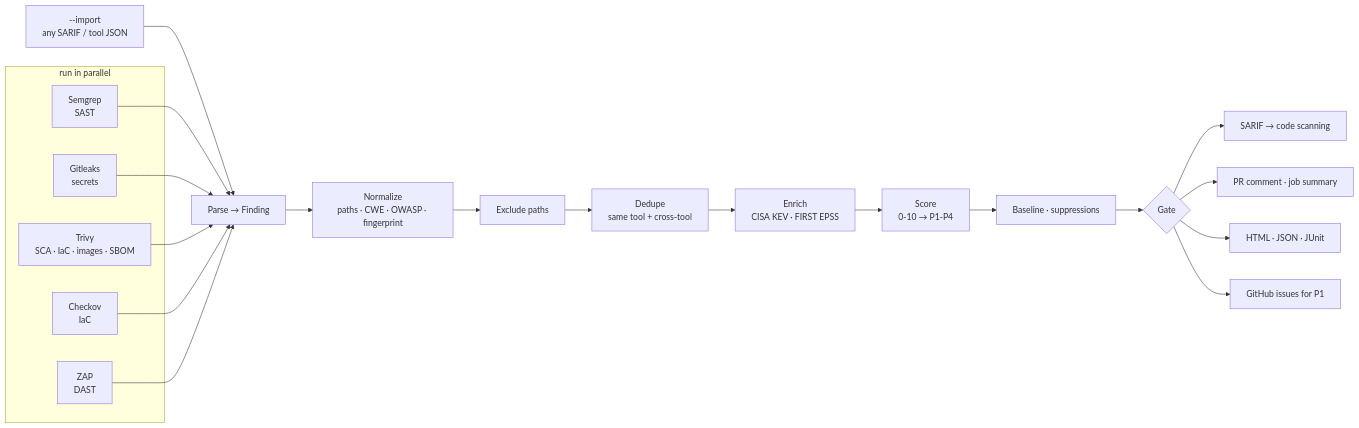
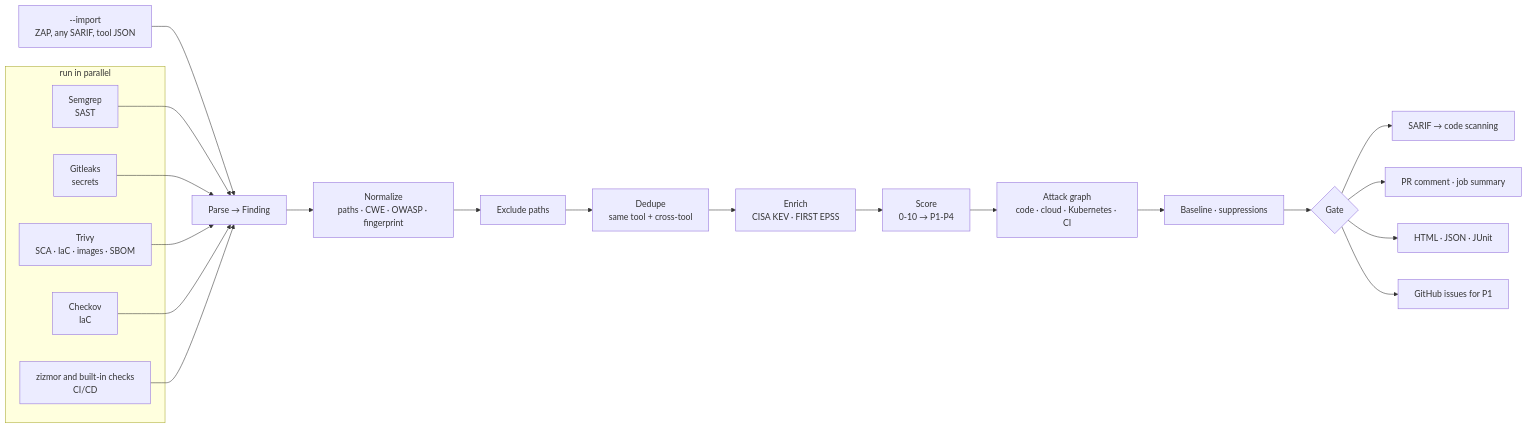
The diagram in docs/architecture.md (amoghnellutla/breachgraph), drawn with Mermaid before and after one commit. The commit also changed 14 other files, not shown here.

First line of the commit message:
Make ZAP import-only and AI prices configurable

````diff
--- a/docs/architecture.md
+++ b/docs/architecture.md
@@ -3,23 +3,24 @@
 ```mermaid
 flowchart LR
     subgraph Scanners [run in parallel]
         S[Semgrep<br/>SAST]
         G[Gitleaks<br/>secrets]
         T[Trivy<br/>SCA · IaC · images · SBOM]
         C[Checkov<br/>IaC]
-        Z[ZAP<br/>DAST]
+        Z[zizmor and built-in checks<br/>CI/CD]
     end
-    I[--import<br/>any SARIF / tool JSON] --> P
+    I[--import<br/>ZAP, any SARIF, tool JSON] --> P
     S & G & T & C & Z --> P[Parse → Finding]
     P --> N[Normalize<br/>paths · CWE · OWASP · fingerprint]
     N --> X[Exclude paths]
     X --> D[Dedupe<br/>same tool + cross-tool]
     D --> E[Enrich<br/>CISA KEV · FIRST EPSS]
     E --> R[Score<br/>0-10 → P1-P4]
-    R --> B[Baseline · suppressions]
+    R --> A[Attack graph<br/>code · cloud · Kubernetes · CI]
+    A --> B[Baseline · suppressions]
     B --> Q{Gate}
     Q --> O1[SARIF → code scanning]
     Q --> O2[PR comment · job summary]
     Q --> O3[HTML · JSON · JUnit]
     Q --> O4[GitHub issues for P1]
 ```
````
